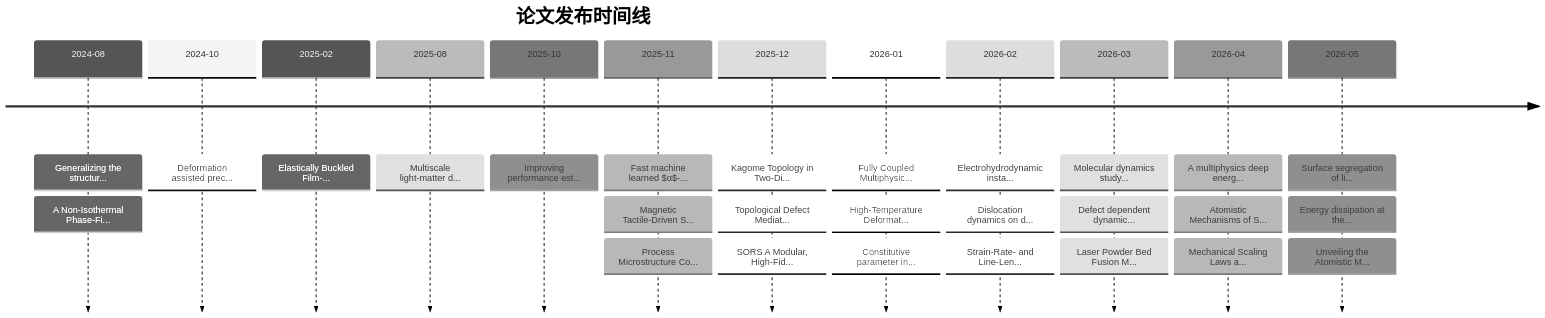
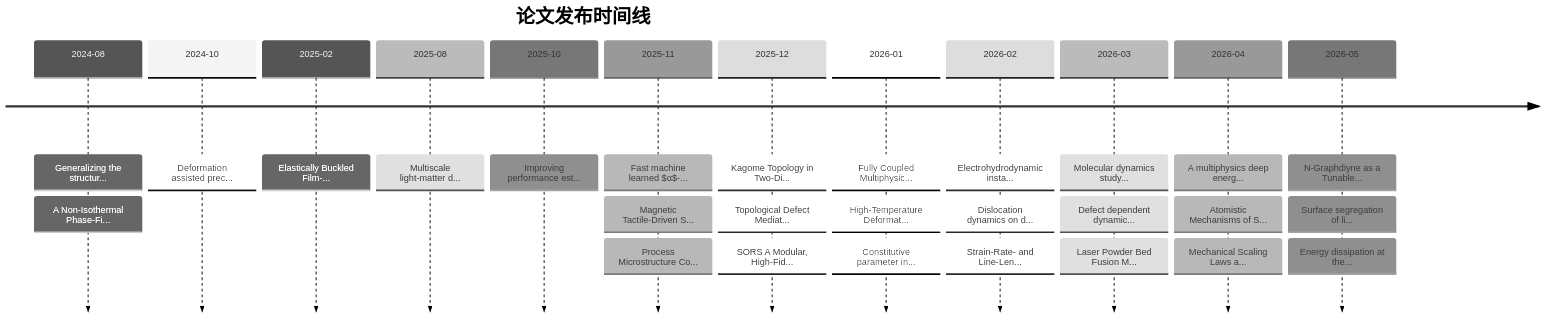
Before and after one commit to Shirakawa11111/BJK_readpaper: the second of 2 diagrams in reports/knowledge_graph.md, drawn with Mermaid (neutral theme). The commit also changed other lines of this file and 11 other files, not shown here.

````diff
--- a/reports/knowledge_graph.md
+++ b/reports/knowledge_graph.md
@@ -119,16 +119,16 @@
 ```mermaid
 timeline
     title 论文发布时间线
     2024-08 : Generalizing the structur... : A Non-Isothermal Phase-Fi...
     2024-10 : Deformation assisted prec...
     2025-02 : Elastically Buckled Film-...
     2025-08 : Multiscale light-matter d...
     2025-10 : Improving performance est...
     2025-11 : Fast machine learned $α$-... : Magnetic Tactile-Driven S... : Process Microstructure Co...
     2025-12 : Kagome Topology in Two-Di... : Topological Defect Mediat... : SORS A Modular, High-Fid...
     2026-01 : Fully Coupled Multiphysic... : High-Temperature Deformat... : Constitutive parameter in...
     2026-02 : Electrohydrodynamic insta... : Dislocation dynamics on d... : Strain-Rate- and Line-Len...
     2026-03 : Molecular dynamics study... : Defect dependent dynamic... : Laser Powder Bed Fusion M...
     2026-04 : A multiphysics deep energ... : Atomistic Mechanisms of S... : Mechanical Scaling Laws a...
-    2026-05 : Surface segregation of li... : Energy dissipation at the... : Unveiling the Atomistic M...
+    2026-05 : N-Graphdiyne as a Tunable... : Surface segregation of li... : Energy dissipation at the...
 ```
````
